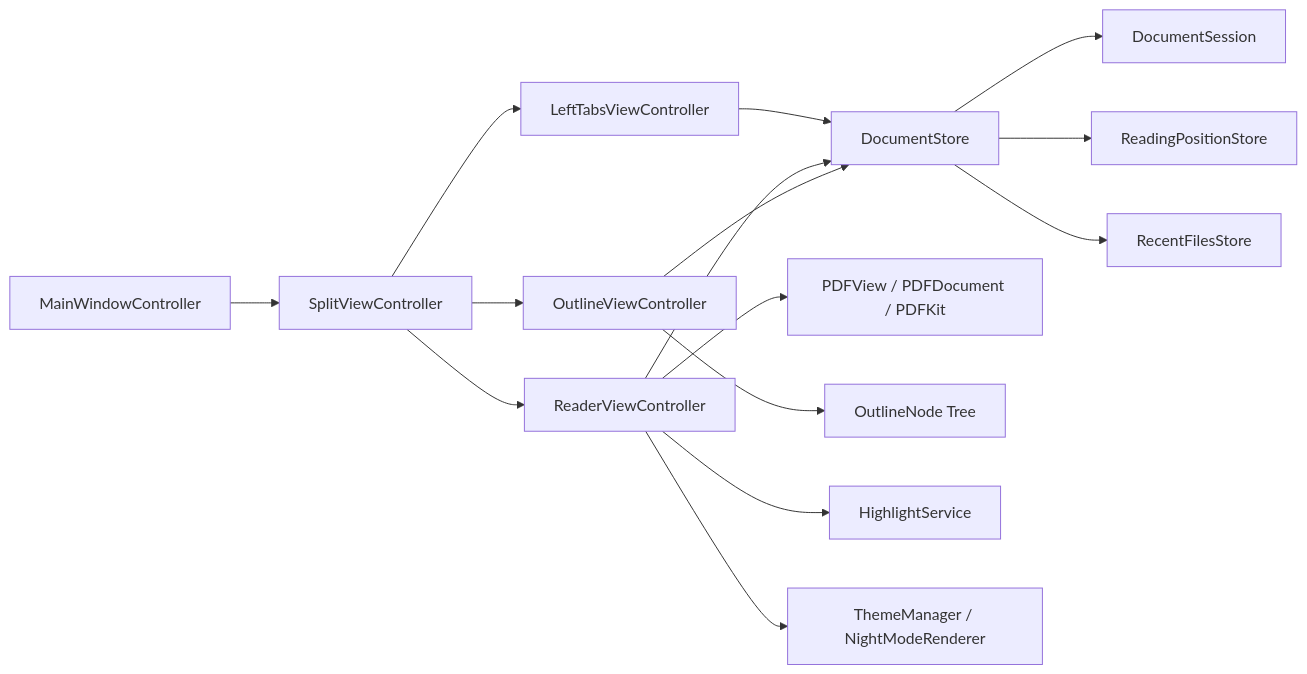
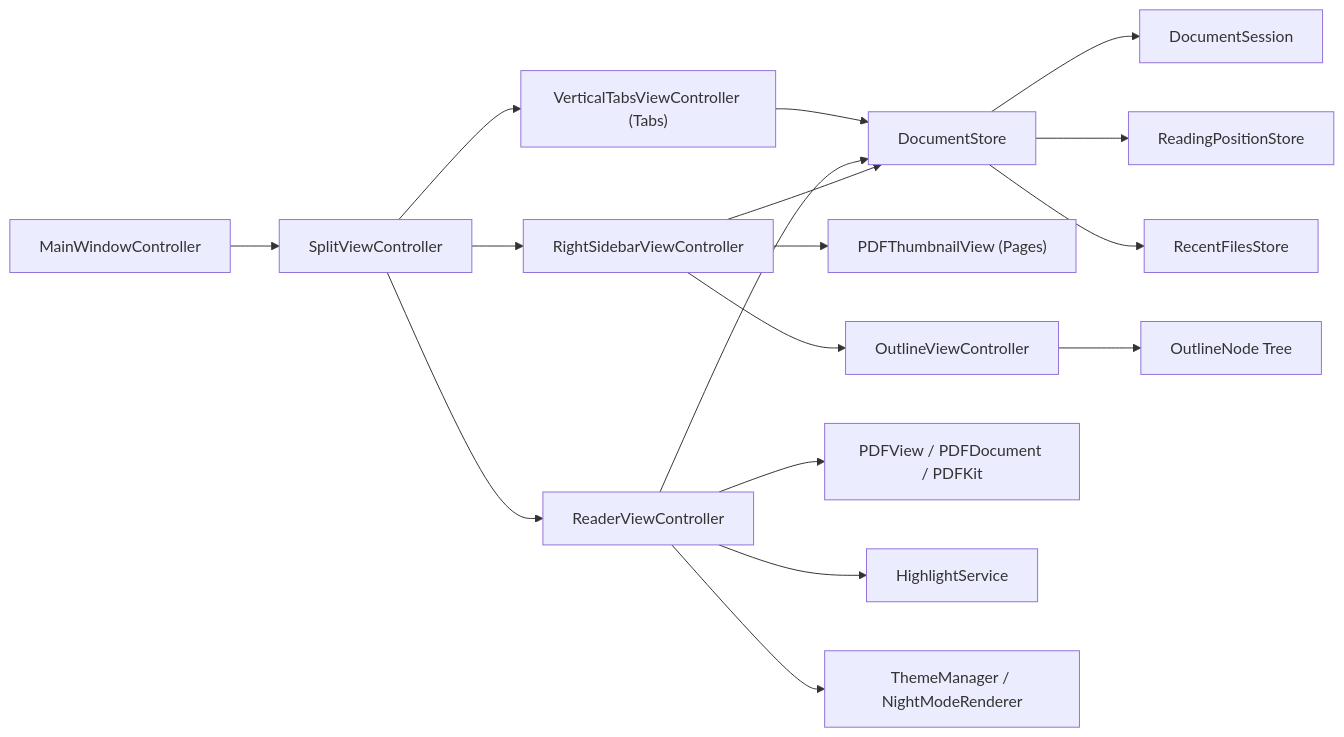
Before and after one commit to Yalyenea/serein-pdf: the diagram in PROJECT.md, drawn with Mermaid. The commit also changed other lines of this file and 19 other files, not shown here.

First line of the commit message:
Move Pages to right sidebar, add sidebar swap + undo

````diff
--- a/PROJECT.md
+++ b/PROJECT.md
@@ -70,17 +70,19 @@
 ```mermaid
 flowchart LR
     A["MainWindowController"] --> B["SplitViewController"]
-    B --> C["LeftTabsViewController"]
+    B --> C["VerticalTabsViewController (Tabs)"]
     B --> D["ReaderViewController"]
-    B --> E["OutlineViewController"]
+    B --> E["RightSidebarViewController"]
+    E --> E1["OutlineViewController"]
+    E --> E2["PDFThumbnailView (Pages)"]
     C --> F["DocumentStore"]
     D --> F
     E --> F
     F --> G["DocumentSession"]
     D --> H["PDFView / PDFDocument / PDFKit"]
-    E --> I["OutlineNode Tree"]
+    E1 --> I["OutlineNode Tree"]
     F --> J["ReadingPositionStore"]
     F --> K["RecentFilesStore"]
     D --> L["HighlightService"]
     D --> M["ThemeManager / NightModeRenderer"]
 ```
````
